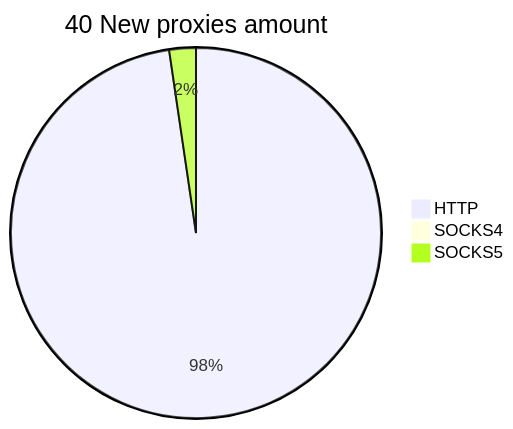
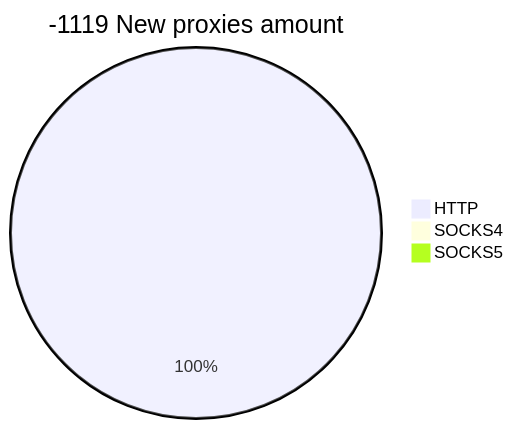
One commit to cutipu/proxylist changed the second of 2 diagrams in README.md. Above: the diagram before and after it, drawn with Mermaid. The commit also changed other lines of this file, not shown here.

````diff
--- a/README.md
+++ b/README.md
@@ -10,6 +10,6 @@
 ```mermaid
-pie title 40 New proxies amount
-    "HTTP" : 42
+pie title -1119 New proxies amount
+    "HTTP" : 31
     "SOCKS4" : 0
-    "SOCKS5" : 1
+    "SOCKS5" : 0
 ```
````
